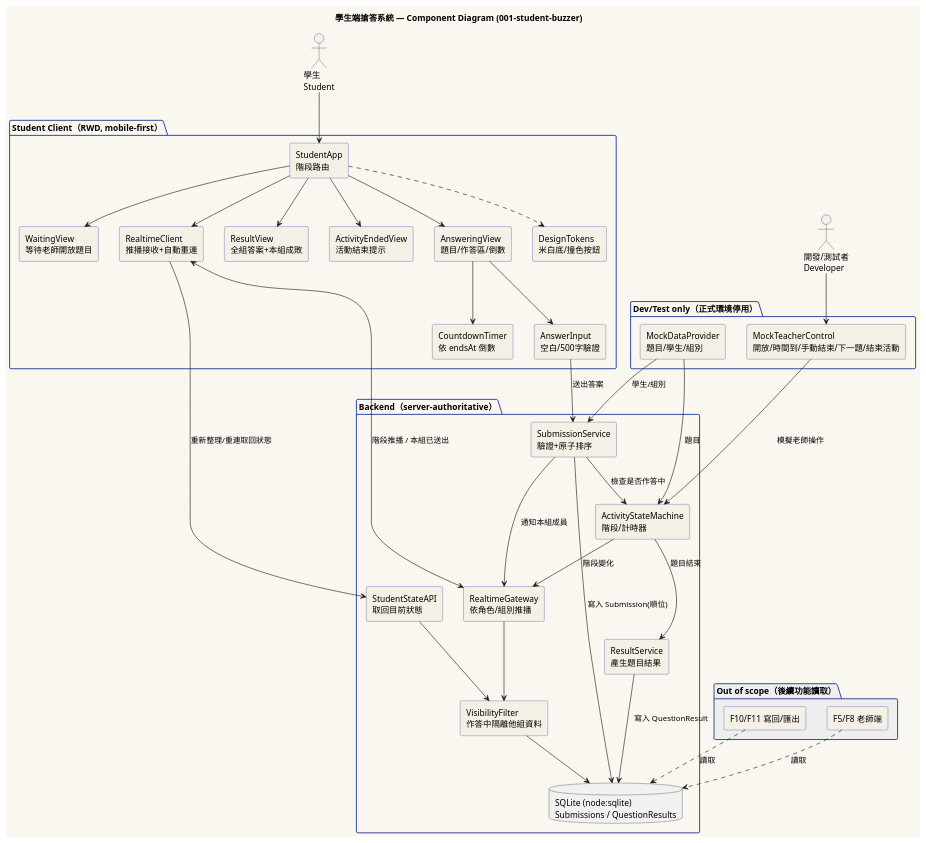
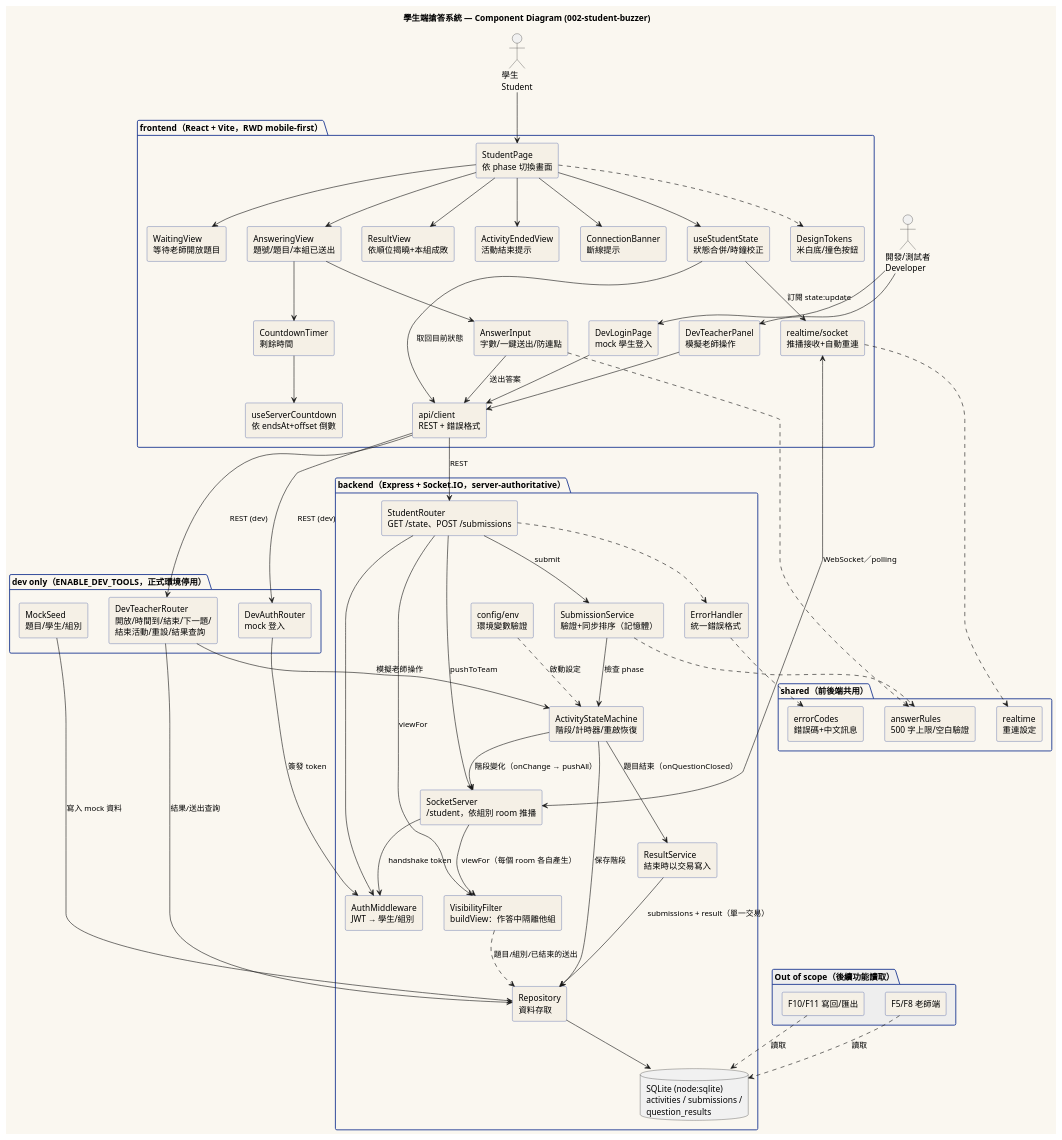
One commit to Ennn-1023/SE_project changed the diagram in diagrams/student-component.puml. Above: the diagram before and after it, drawn with PlantUML. The commit also changed 17 other files, not shown here.

First line of the commit message:
docs: 依憲章原則 VI 驗證並更新圖表，規格資料夾改為 002

```diff
--- a/diagrams/student-component.puml
+++ b/diagrams/student-component.puml
@@ -1,80 +1,117 @@
 @startuml student-component
-title 學生端搶答系統 — Component Diagram (001-student-buzzer)
+title 學生端搶答系統 — Component Diagram (002-student-buzzer)
 skinparam defaultFontName "Microsoft JhengHei"
 skinparam backgroundColor #FAF7F0
 skinparam componentStyle rectangle
 skinparam component {
   BackgroundColor #F5F0E6
   BorderColor #1F3A93
 }
 skinparam package {
   BorderColor #1F3A93
 }
 
 actor "學生\nStudent" as Student
 actor "開發/測試者\nDeveloper" as Dev
 
-package "Student Client（RWD, mobile-first）" {
-  [StudentApp\n階段路由] as App
+package "frontend（React + Vite，RWD mobile-first）" {
+  [StudentPage\n依 phase 切換畫面] as Page
   [WaitingView\n等待老師開放題目] as Waiting
-  [AnsweringView\n題目/作答區/倒數] as Answering
-  [ResultView\n全組答案+本組成敗] as Result
+  [AnsweringView\n題號/題目/本組已送出] as Answering
+  [CountdownTimer\n剩餘時間] as Timer
+  [AnswerInput\n字數/一鍵送出/防連點] as Input
+  [ResultView\n依順位揭曉+本組成敗] as Result
   [ActivityEndedView\n活動結束提示] as Ended
-  [CountdownTimer\n依 endsAt 倒數] as Timer
-  [AnswerInput\n空白/500字驗證] as Input
-  [RealtimeClient\n推播接收+自動重連] as RtClient
+  [ConnectionBanner\n斷線提示] as Banner
+  [useStudentState\n狀態合併/時鐘校正] as StateHook
+  [useServerCountdown\n依 endsAt+offset 倒數] as CountHook
+  [api/client\nREST + 錯誤格式] as ApiClient
+  [realtime/socket\n推播接收+自動重連] as RtClient
   [DesignTokens\n米白底/撞色按鈕] as Tokens
+  [DevLoginPage\nmock 學生登入] as DevLogin
+  [DevTeacherPanel\n模擬老師操作] as DevPanel
 }
 
-package "Backend（server-authoritative）" {
-  [RealtimeGateway\n依角色/組別推播] as Gateway
-  [StudentStateAPI\n取回目前狀態] as StateAPI
-  [SubmissionService\n驗證+原子排序] as SubmitSvc
-  [ActivityStateMachine\n階段/計時器] as FSM
-  [VisibilityFilter\n作答中隔離他組資料] as Filter
-  [ResultService\n產生題目結果] as ResultSvc
-  database "SQLite (node:sqlite)\nSubmissions / QuestionResults" as Store
+package "shared（前後端共用）" {
+  [answerRules\n500 字上限/空白驗證] as Rules
+  [errorCodes\n錯誤碼+中文訊息] as Codes
+  [realtime\n重連設定] as RtCfg
 }
 
-package "Dev/Test only（正式環境停用）" {
-  [MockDataProvider\n題目/學生/組別] as Mock
-  [MockTeacherControl\n開放/時間到/手動結束/下一題/結束活動] as MockCtl
+package "backend（Express + Socket.IO，server-authoritative）" {
+  [config/env\n環境變數驗證] as Env
+  [StudentRouter\nGET /state、POST /submissions] as StudentApi
+  [AuthMiddleware\nJWT → 學生/組別] as Auth
+  [ErrorHandler\n統一錯誤格式] as ErrH
+  [SocketServer\n/student，依組別 room 推播] as Gateway
+  [ActivityStateMachine\n階段/計時器/重啟恢復] as FSM
+  [SubmissionService\n驗證+同步排序（記憶體）] as SubmitSvc
+  [VisibilityFilter\nbuildView：作答中隔離他組] as Filter
+  [ResultService\n結束時以交易寫入] as ResultSvc
+  [Repository\n資料存取] as Repo
+  database "SQLite (node:sqlite)\nactivities / submissions /\nquestion_results" as Store
+}
+
+package "dev only（ENABLE_DEV_TOOLS，正式環境停用）" {
+  [DevAuthRouter\nmock 登入] as DevAuth
+  [DevTeacherRouter\n開放/時間到/結束/下一題/\n結束活動/重設/結果查詢] as DevTeacher
+  [MockSeed\n題目/學生/組別] as Seed
 }
 
 package "Out of scope（後續功能讀取）" #EEEEEE {
   [F5/F8 老師端] as Teacher
   [F10/F11 寫回/匯出] as Export
 }
 
-Student --> App
-App --> Waiting
-App --> Answering
-App --> Result
-App --> Ended
+Student --> Page
+Page --> Waiting
+Page --> Answering
+Page --> Result
+Page --> Ended
+Page --> Banner
+Page --> StateHook
 Answering --> Timer
 Answering --> Input
-App ..> Tokens
-App --> RtClient
+Timer --> CountHook
+Page ..> Tokens
+StateHook --> ApiClient : 取回目前狀態
+StateHook --> RtClient : 訂閱 state:update
+Input --> ApiClient : 送出答案
+Input ..> Rules
+RtClient ..> RtCfg
+Dev --> DevLogin
+Dev --> DevPanel
+DevLogin --> ApiClient
+DevPanel --> ApiClient
 
-RtClient <--> Gateway : 階段推播 / 本組已送出
-RtClient --> StateAPI : 重新整理/重連取回狀態
-Input --> SubmitSvc : 送出答案
+ApiClient --> StudentApi : REST
+ApiClient --> DevAuth : REST (dev)
+ApiClient --> DevTeacher : REST (dev)
+RtClient <--> Gateway : WebSocket／polling
 
-SubmitSvc --> FSM : 檢查是否作答中
-SubmitSvc --> Store : 寫入 Submission(順位)
-SubmitSvc --> Gateway : 通知本組成員
-FSM --> ResultSvc : 題目結束
-ResultSvc --> Store : 寫入 QuestionResult
-FSM --> Gateway : 階段變化
-Gateway --> Filter
-StateAPI --> Filter
-Filter --> Store
+StudentApi --> Auth
+Gateway --> Auth : handshake token
+StudentApi --> SubmitSvc : submit
+StudentApi --> Gateway : pushToTeam
+StudentApi --> Filter : viewFor
+Gateway --> Filter : viewFor（每個 room 各自產生）
+SubmitSvc --> FSM : 檢查 phase
+SubmitSvc ..> Rules
+FSM --> ResultSvc : 題目結束（onQuestionClosed）
+FSM --> Gateway : 階段變化（onChange → pushAll）
+FSM --> Repo : 保存階段
+ResultSvc --> Repo : submissions + result（單一交易）
+Filter ..> Repo : 題目/組別/已結束的送出
+Repo --> Store
+StudentApi ..> ErrH
+ErrH ..> Codes
+Env ..> FSM : 啟動設定
 
-Dev --> MockCtl
-MockCtl --> FSM : 模擬老師操作
-Mock --> FSM : 題目
-Mock --> SubmitSvc : 學生/組別
+DevAuth --> Auth : 簽發 token
+DevTeacher --> FSM : 模擬老師操作
+DevTeacher --> Repo : 結果/送出查詢
+Seed --> Repo : 寫入 mock 資料
 
 Teacher ..> Store : 讀取
 Export ..> Store : 讀取
 @enduml
```
